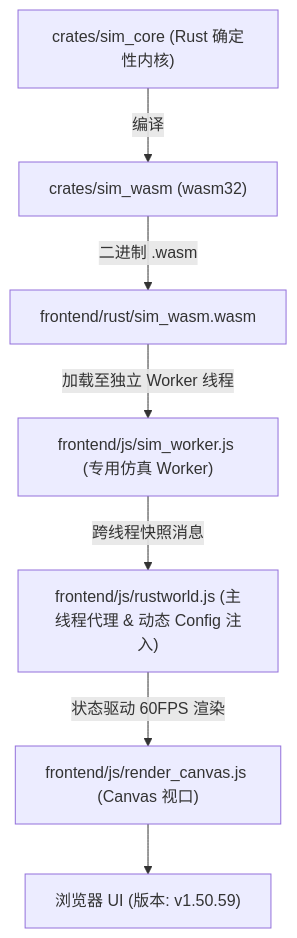
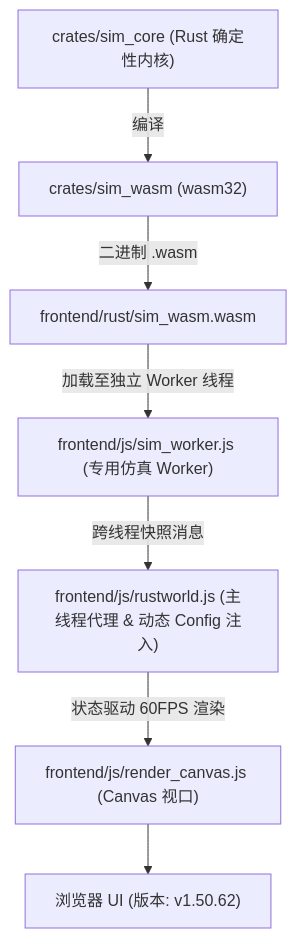
The diagram in AGENTS.md (g39088902/FlowAndAccord), drawn with Mermaid before and after one commit. The commit also changed other lines of this file and 42 other files, not shown here.

````diff
--- a/AGENTS.md
+++ b/AGENTS.md
@@ -61,10 +61,10 @@
 ```mermaid
 graph TD
     A["crates/sim_core (Rust 确定性内核)"] -->|编译| B["crates/sim_wasm (wasm32)"]
     B -->|二进制 .wasm| C["frontend/rust/sim_wasm.wasm"]
     C -->|加载至独立 Worker 线程| D["frontend/js/sim_worker.js (专用仿真 Worker)"]
     D -->|跨线程快照消息| E["frontend/js/rustworld.js (主线程代理 & 动态 Config 注入)"]
     E -->|状态驱动 60FPS 渲染| F["frontend/js/render_canvas.js (Canvas 视口)"]
-    F --> G["浏览器 UI (版本: v1.50.59)"]
+    F --> G["浏览器 UI (版本: v1.50.62)"]
 
 ```
````
